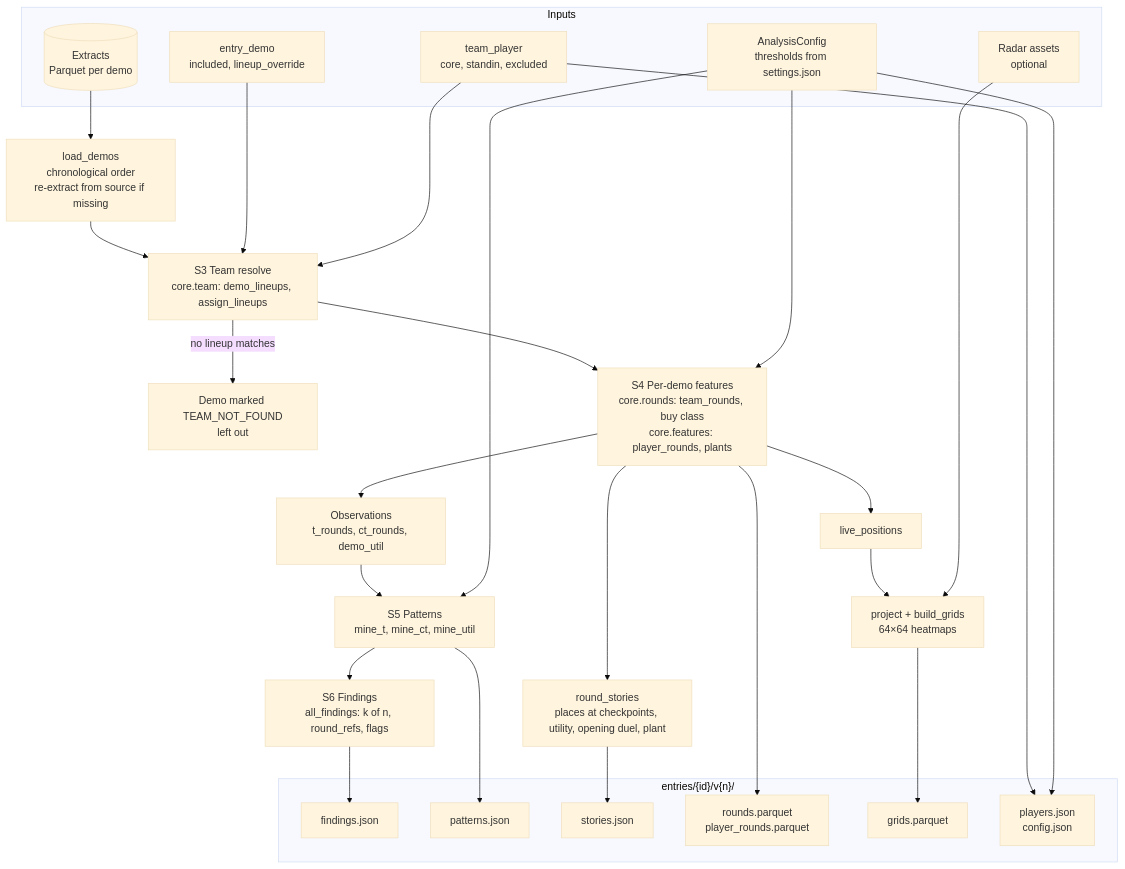
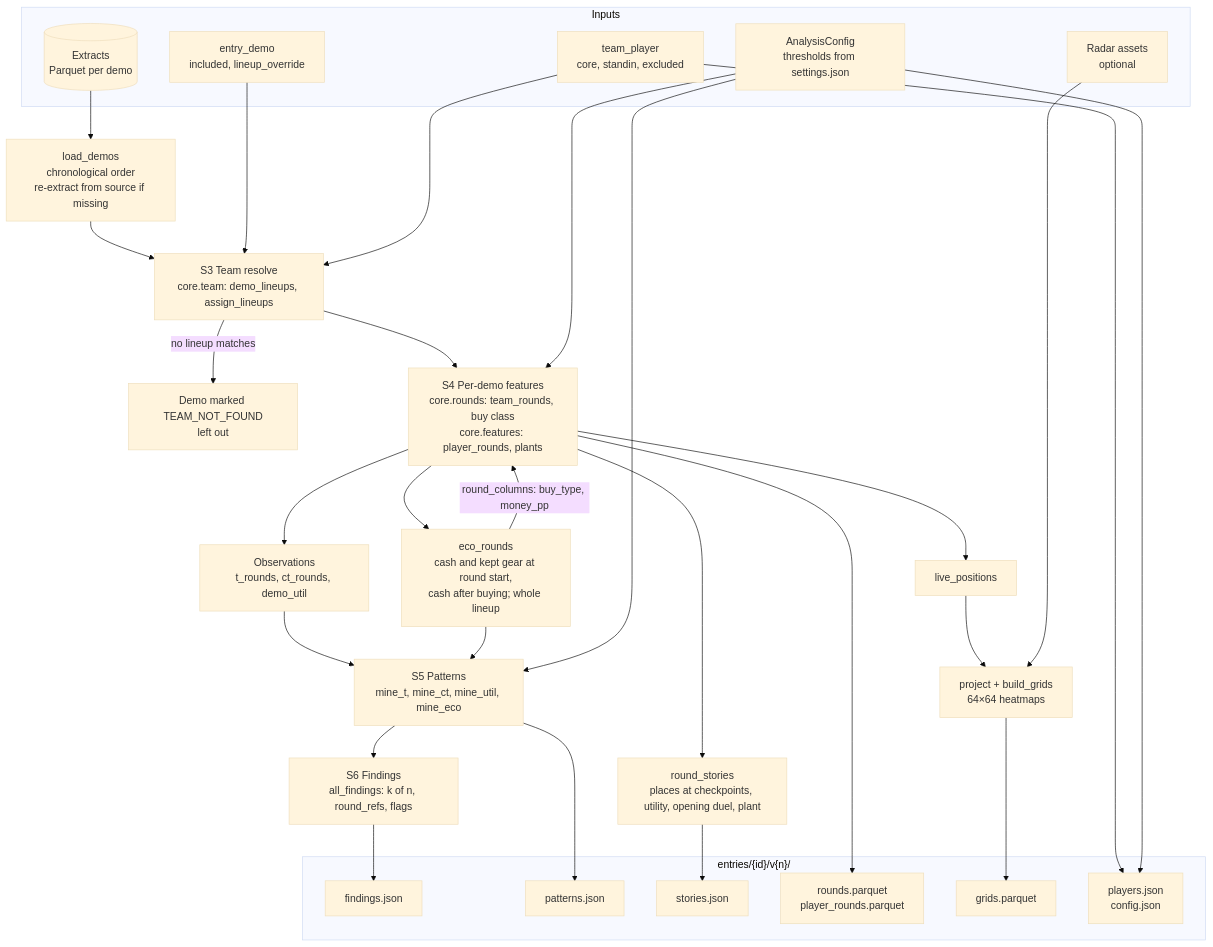
One commit to GeorgeMac06/CS2-demo-analyser changed the first of 3 diagrams in docs/workflows/analysis.md. Above: the diagram before and after it, drawn with Mermaid (base theme). The commit also changed other lines of this file and 3 other files, not shown here.

````diff
--- a/docs/workflows/analysis.md
+++ b/docs/workflows/analysis.md
@@ -23,42 +24,45 @@
 ```mermaid
 flowchart TD
   subgraph IN["Inputs"]
     EX[("Extracts<br/>Parquet per demo")]
     ED["entry_demo<br/>included, lineup_override"]
     RO["team_player<br/>core, standin, excluded"]
     CFG["AnalysisConfig<br/>thresholds from settings.json"]
     RAD["Radar assets<br/>optional"]
   end
 
   EX --> LD["load_demos<br/>chronological order<br/>re-extract from source if missing"]
   LD --> S3["S3 Team resolve<br/>core.team: demo_lineups, assign_lineups"]
   ED --> S3
   RO --> S3
   S3 -->|no lineup matches| TNF["Demo marked TEAM_NOT_FOUND<br/>left out"]
   S3 --> S4["S4 Per-demo features<br/>core.rounds: team_rounds, buy class<br/>core.features: player_rounds, plants"]
   CFG --> S4
+  S4 --> ECO["eco_rounds<br/>cash and kept gear at round start,<br/>cash after buying; whole lineup"]
+  ECO -->|"round_columns: buy_type, money_pp"| S4
   S4 --> OBS["Observations<br/>t_rounds, ct_rounds, demo_util"]
   S4 --> ST["round_stories<br/>places at checkpoints, utility, opening duel, plant"]
   S4 --> POS["live_positions"]
-  OBS --> S5["S5 Patterns<br/>mine_t, mine_ct, mine_util"]
+  OBS --> S5["S5 Patterns<br/>mine_t, mine_ct, mine_util, mine_eco"]
+  ECO --> S5
   CFG --> S5
   S5 --> S6["S6 Findings<br/>all_findings: k of n, round_refs, flags"]
   POS --> GR["project + build_grids<br/>64×64 heatmaps"]
   RAD --> GR
 
   subgraph OUT["entries/{id}/v{n}/"]
     F1["findings.json"]
     F2["patterns.json"]
     F3["stories.json"]
     F4["rounds.parquet<br/>player_rounds.parquet"]
     F5["grids.parquet"]
     F6["players.json<br/>config.json"]
   end
   S6 --> F1
   S5 --> F2
   ST --> F3
   S4 --> F4
   GR --> F5
   RO --> F6
   CFG --> F6
 ```
````
